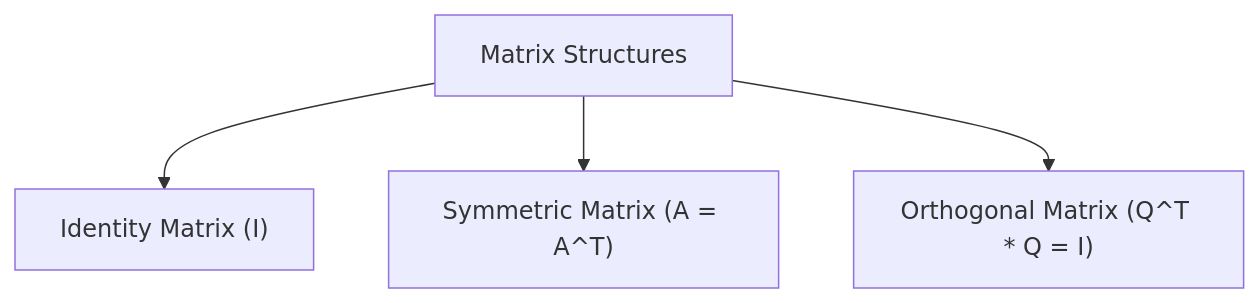
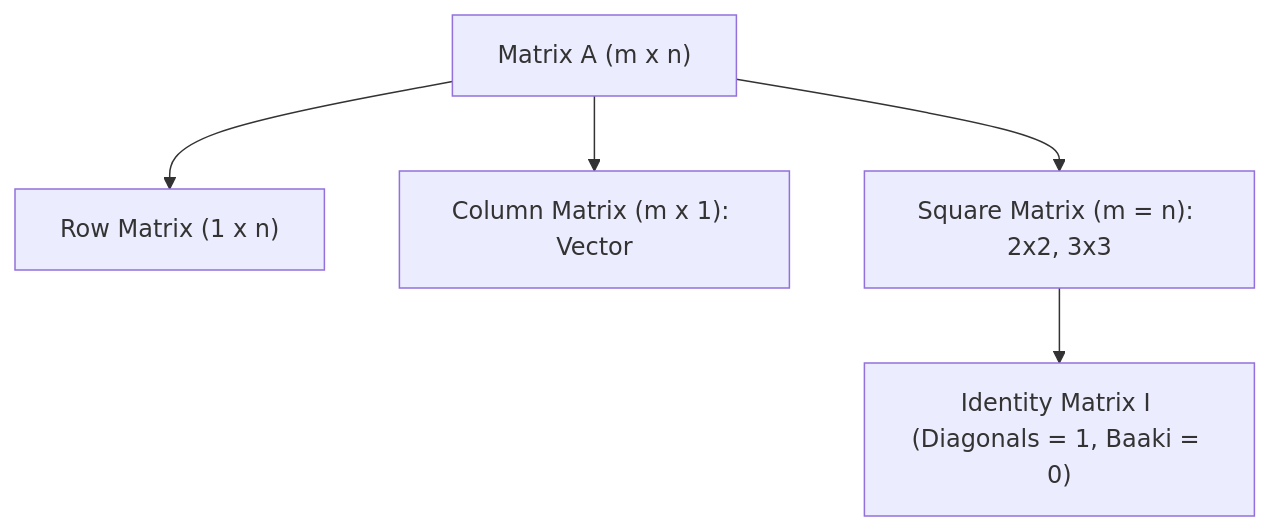
One commit to S1h2i3v4a/AI_ML changed the diagram in lecture_21/Notes_21.12/README_HINGLISH.md. Above: the diagram before and after it, drawn with Mermaid. The commit also changed other lines of this file and 203 other files, not shown here.

Commit message:
docs(lectures 19-21): align notes with video lectures, add blackboard diagrams, clean structured functions, and compile vector PDFs

````diff
--- a/lecture_21/Notes_21.12/README_HINGLISH.md
+++ b/lecture_21/Notes_21.12/README_HINGLISH.md
@@ -15,6 +47,7 @@
 ```mermaid
 flowchart TD
-    A["Matrix Structures"] --> B["Identity Matrix (I)"]
-    A --> C["Symmetric Matrix (A = A^T)"]
-    A --> D["Orthogonal Matrix (Q^T * Q = I)"]
+    A["Matrix A (m x n)"] --> B["Row Matrix (1 x n)"]
+    A --> C["Column Matrix (m x 1): Vector"]
+    A --> D["Square Matrix (m = n): 2x2, 3x3"]
+    D --> E["Identity Matrix I (Diagonals = 1, Baaki = 0)"]
 ```
````
